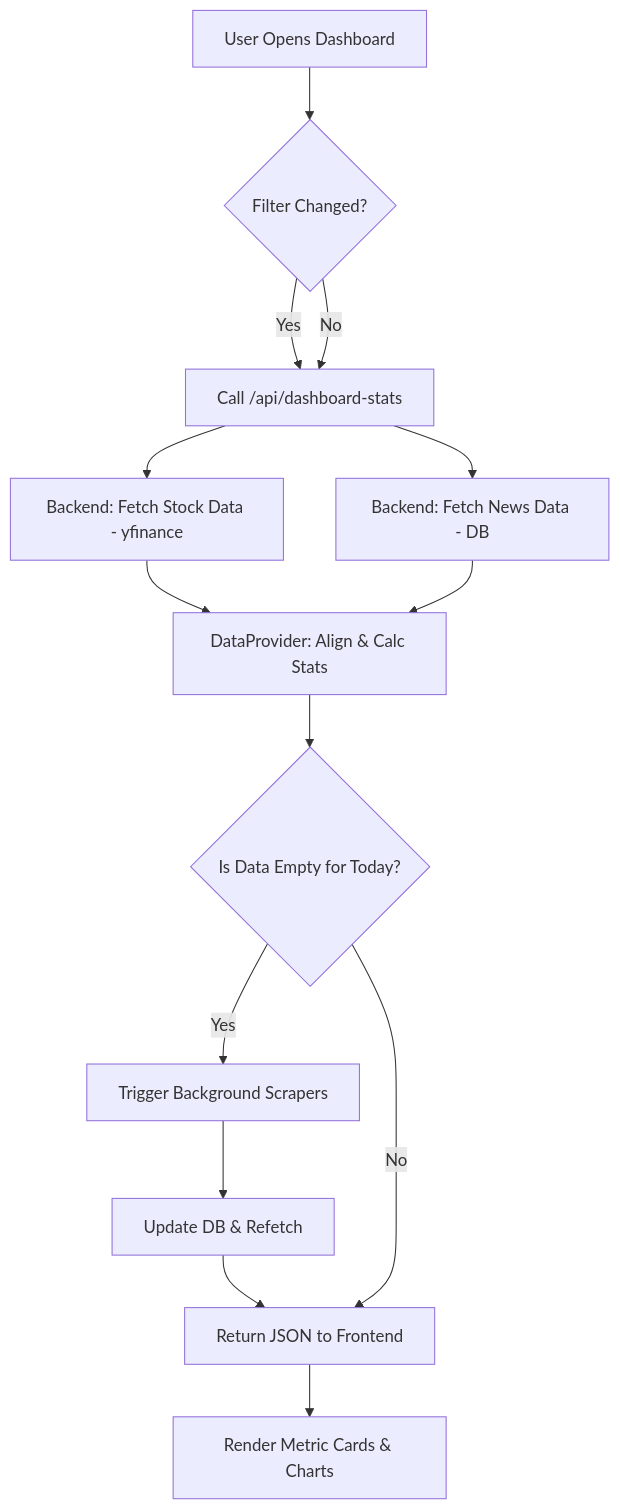
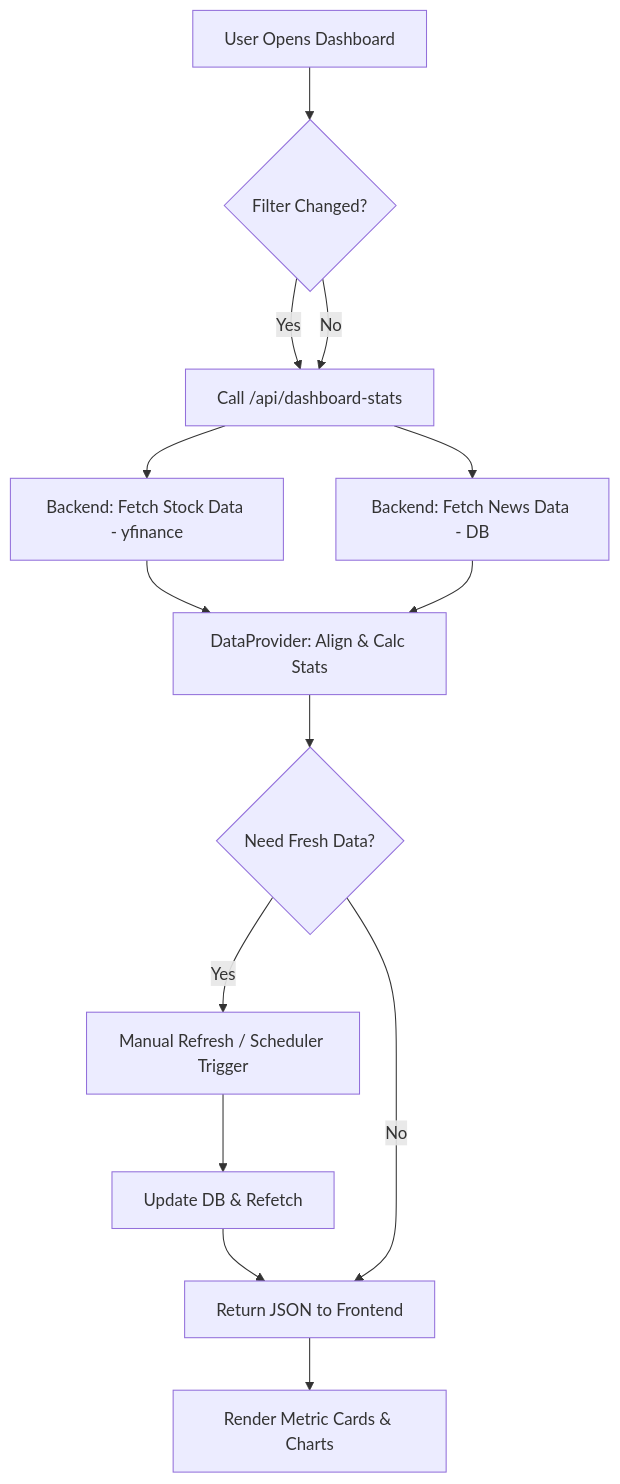
Before and after one commit to juanpradana/MarketPulse: the second of 5 diagrams in docs/DASHBOARD_DOCUMENTATION.md, drawn with Mermaid. The commit also changed other lines of this file and 10 other files, not shown here.

````diff
--- a/docs/DASHBOARD_DOCUMENTATION.md
+++ b/docs/DASHBOARD_DOCUMENTATION.md
@@ -58,16 +58,16 @@
 ```mermaid
 graph TD
     A[User Opens Dashboard] --> B{Filter Changed?}
     B -- Yes --> C[Call /api/dashboard-stats]
     B -- No --> C
     C --> D[Backend: Fetch Stock Data - yfinance]
     C --> E[Backend: Fetch News Data - DB]
     D --> F[DataProvider: Align & Calc Stats]
     E --> F
-    F --> G{Is Data Empty for Today?}
-    G -- Yes --> H[Trigger Background Scrapers]
+    F --> G{Need Fresh Data?}
+    G -- Yes --> H[Manual Refresh / Scheduler Trigger]
     H --> I[Update DB & Refetch]
     I --> J[Return JSON to Frontend]
     G -- No --> J
     J --> K[Render Metric Cards & Charts]
 ```
````
